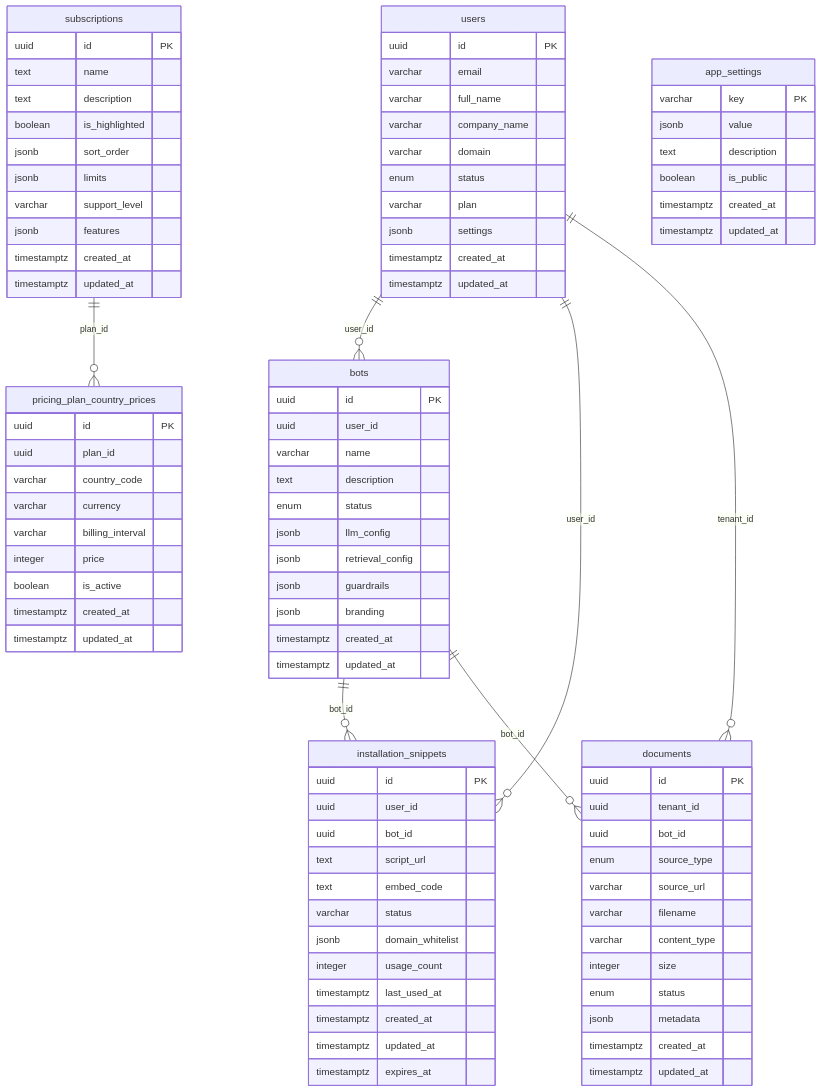
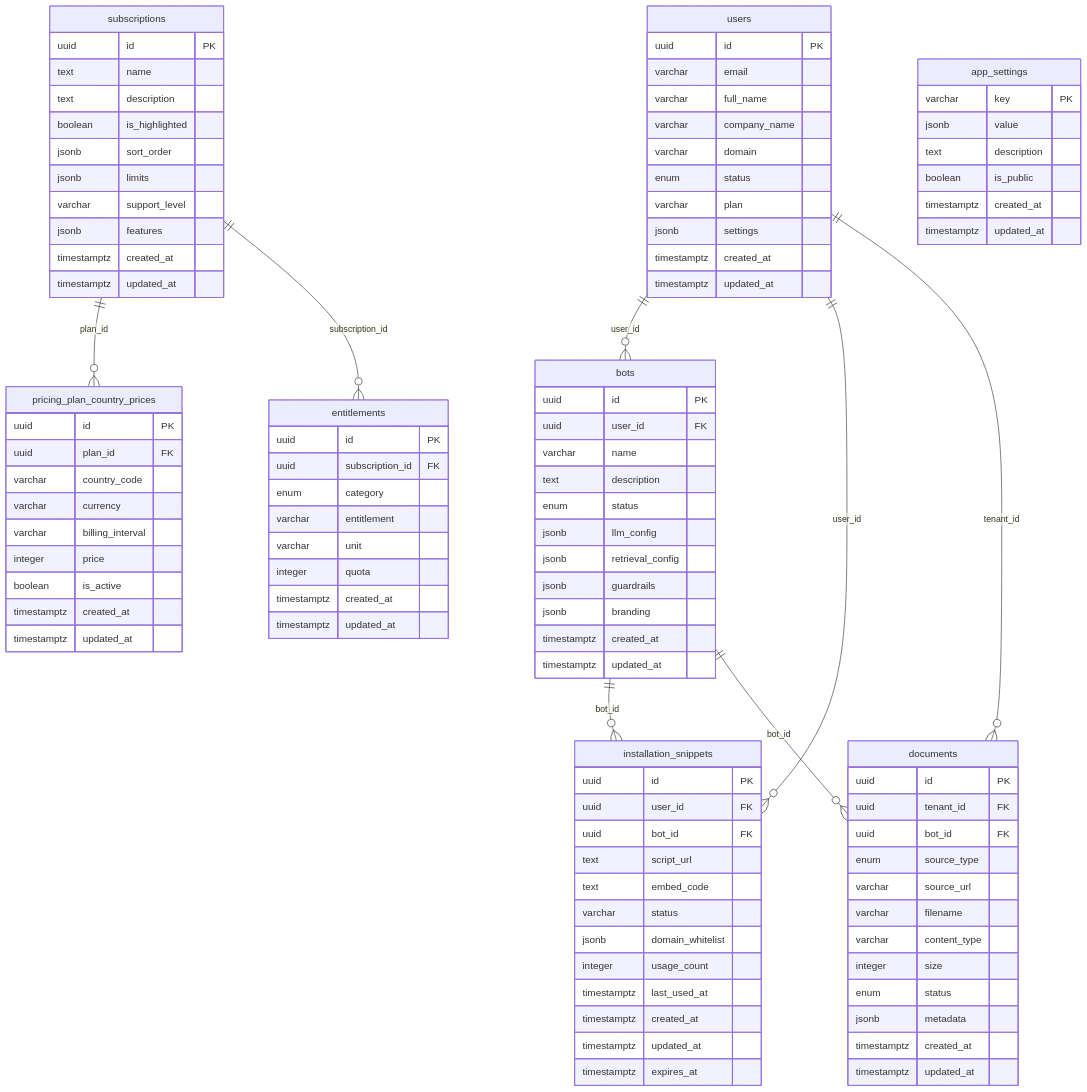
One commit to Jathin04Jan/Multi-Tenant-SaaS-Chatbot-Platform changed the diagram in backend/docs/SCHEMA_DIAGRAM.md. Above: the diagram before and after it, drawn with Mermaid. The commit also changed other lines of this file and 9 other files, not shown here.

```diff
--- a/backend/docs/SCHEMA_DIAGRAM.md
+++ b/backend/docs/SCHEMA_DIAGRAM.md
@@ -14,6 +14,7 @@
     bots ||--o{ documents : bot_id
 
     subscriptions ||--o{ pricing_plan_country_prices : plan_id
+    subscriptions ||--o{ entitlements : subscription_id
 
     users {
         uuid id PK
@@ -30,7 +31,7 @@
 
     bots {
         uuid id PK
-        uuid user_id
+        uuid user_id FK
         varchar name
         text description
         enum status
@@ -44,8 +45,8 @@
 
     installation_snippets {
         uuid id PK
-        uuid user_id
-        uuid bot_id
+        uuid user_id FK
+        uuid bot_id FK
         text script_url
         text embed_code
         varchar status
@@ -59,8 +60,8 @@
 
     documents {
         uuid id PK
-        uuid tenant_id
-        uuid bot_id
+        uuid tenant_id FK
+        uuid bot_id FK
         enum source_type
         varchar source_url
         varchar filename
@@ -87,12 +88,23 @@
 
     pricing_plan_country_prices {
         uuid id PK
-        uuid plan_id
+        uuid plan_id FK
         varchar country_code
         varchar currency
         varchar billing_interval
         integer price
         boolean is_active
+        timestamptz created_at
+        timestamptz updated_at
+    }
+
+    entitlements {
+        uuid id PK
+        uuid subscription_id FK
+        enum category
+        varchar entitlement
+        varchar unit
+        integer quota
         timestamptz created_at
         timestamptz updated_at
     }
```
